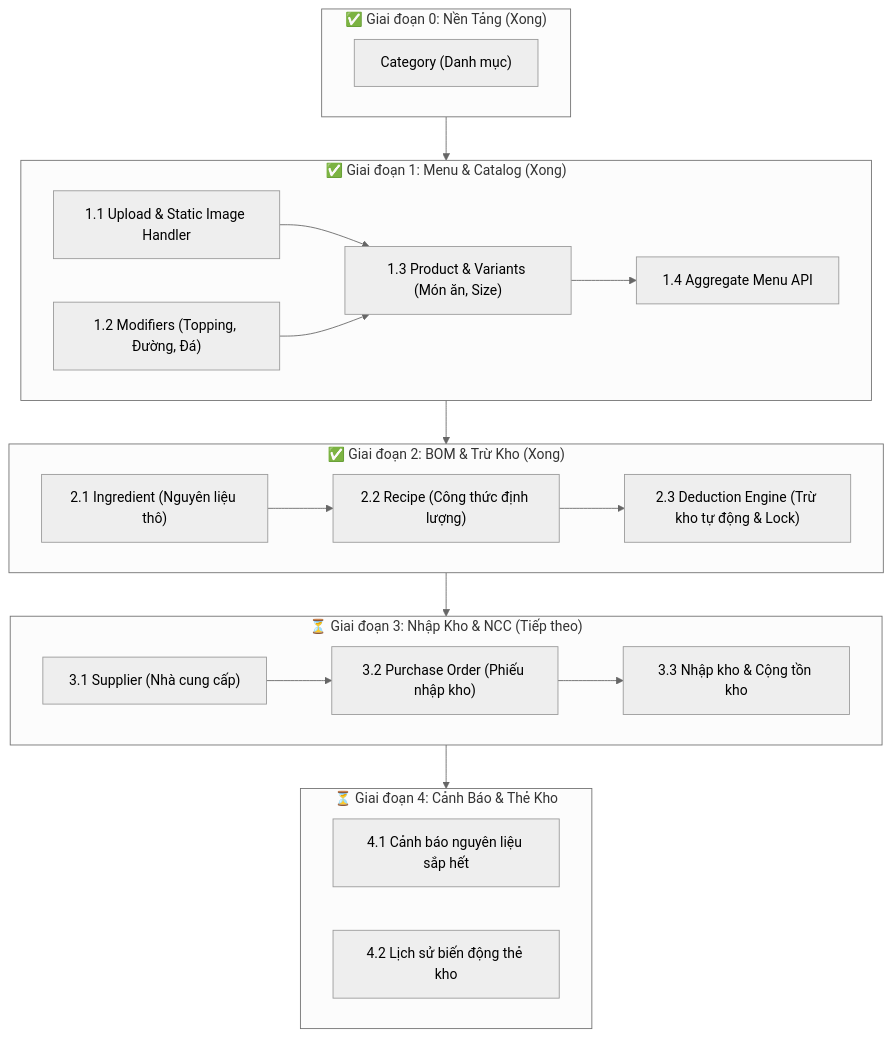
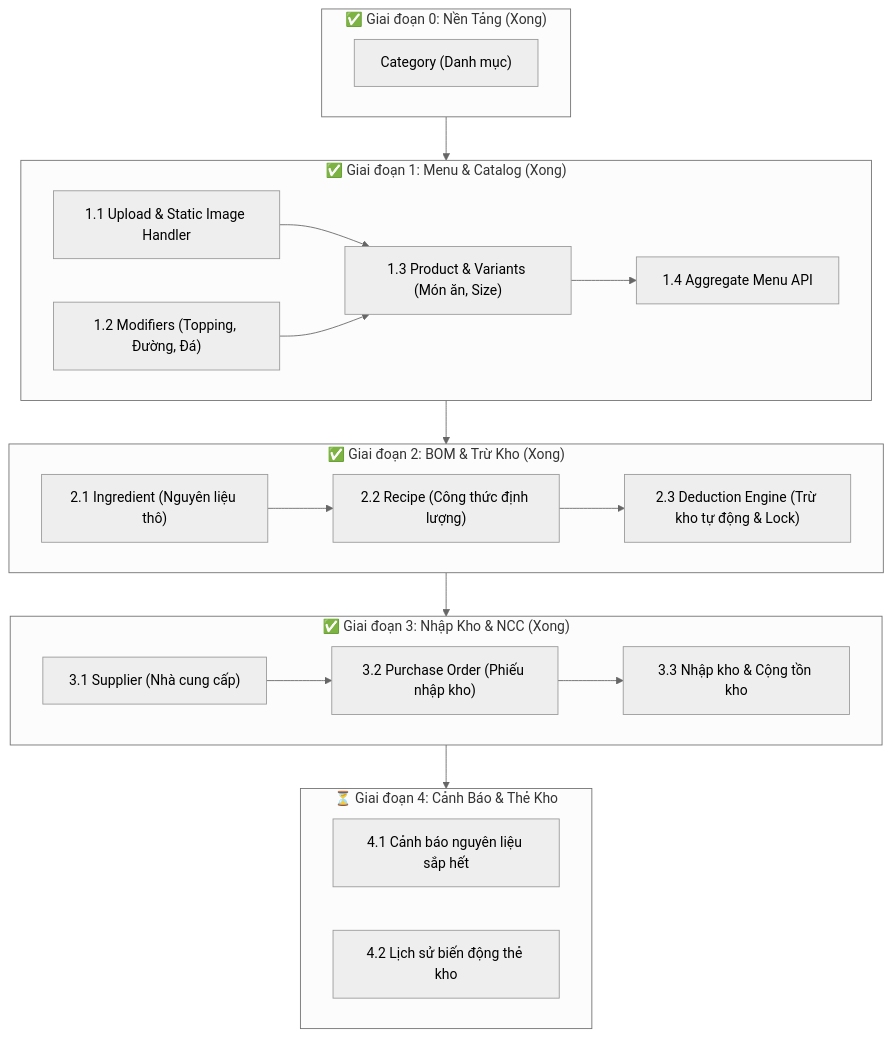
One commit to poromvp/Smart-POS changed the diagram in docs/CATALOG_INVENTORY_PLAN.md. Above: the diagram before and after it, drawn with Mermaid (neutral theme). The commit also changed other lines of this file and 33 other files, not shown here.

````diff
--- a/docs/CATALOG_INVENTORY_PLAN.md
+++ b/docs/CATALOG_INVENTORY_PLAN.md
@@ -18,42 +18,42 @@
 ```mermaid
 flowchart TD
     subgraph Phase0["✅ Giai đoạn 0: Nền Tảng (Xong)"]
         Cat["Category (Danh mục)"]
     end
 
     subgraph Phase1["✅ Giai đoạn 1: Menu & Catalog (Xong)"]
         Upload["1.1 Upload & Static Image Handler"]
         Mod["1.2 Modifiers (Topping, Đường, Đá)"]
         Prod["1.3 Product & Variants (Món ăn, Size)"]
         Menu["1.4 Aggregate Menu API"]
         Upload --> Prod
         Mod --> Prod
         Prod --> Menu
     end
 
     subgraph Phase2["✅ Giai đoạn 2: BOM & Trừ Kho (Xong)"]
         Ing["2.1 Ingredient (Nguyên liệu thô)"]
         Rec["2.2 Recipe (Công thức định lượng)"]
         Deduct["2.3 Deduction Engine (Trừ kho tự động & Lock)"]
         Ing --> Rec
         Rec --> Deduct
     end
 
-    subgraph Phase3["⏳ Giai đoạn 3: Nhập Kho & NCC (Tiếp theo)"]
+    subgraph Phase3["✅ Giai đoạn 3: Nhập Kho & NCC (Xong)"]
         Sup["3.1 Supplier (Nhà cung cấp)"]
         PO["3.2 Purchase Order (Phiếu nhập kho)"]
         CompletePO["3.3 Nhập kho & Cộng tồn kho"]
         Sup --> PO
         PO --> CompletePO
     end
 
     subgraph Phase4["⏳ Giai đoạn 4: Cảnh Báo & Thẻ Kho"]
         Alert["4.1 Cảnh báo nguyên liệu sắp hết"]
         Audit["4.2 Lịch sử biến động thẻ kho"]
     end
 
     Phase0 --> Phase1
     Phase1 --> Phase2
     Phase2 --> Phase3
     Phase3 --> Phase4
 ```
````
